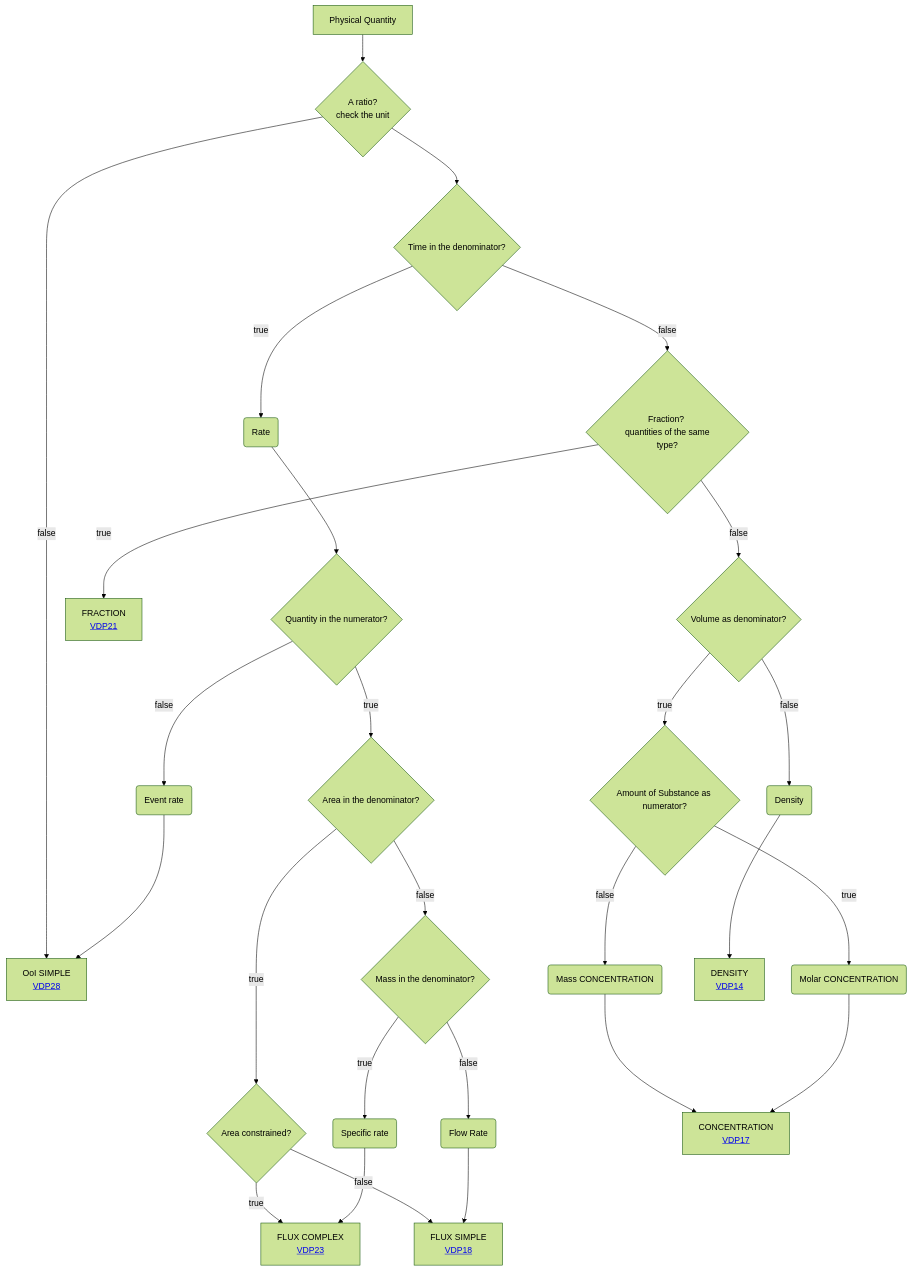
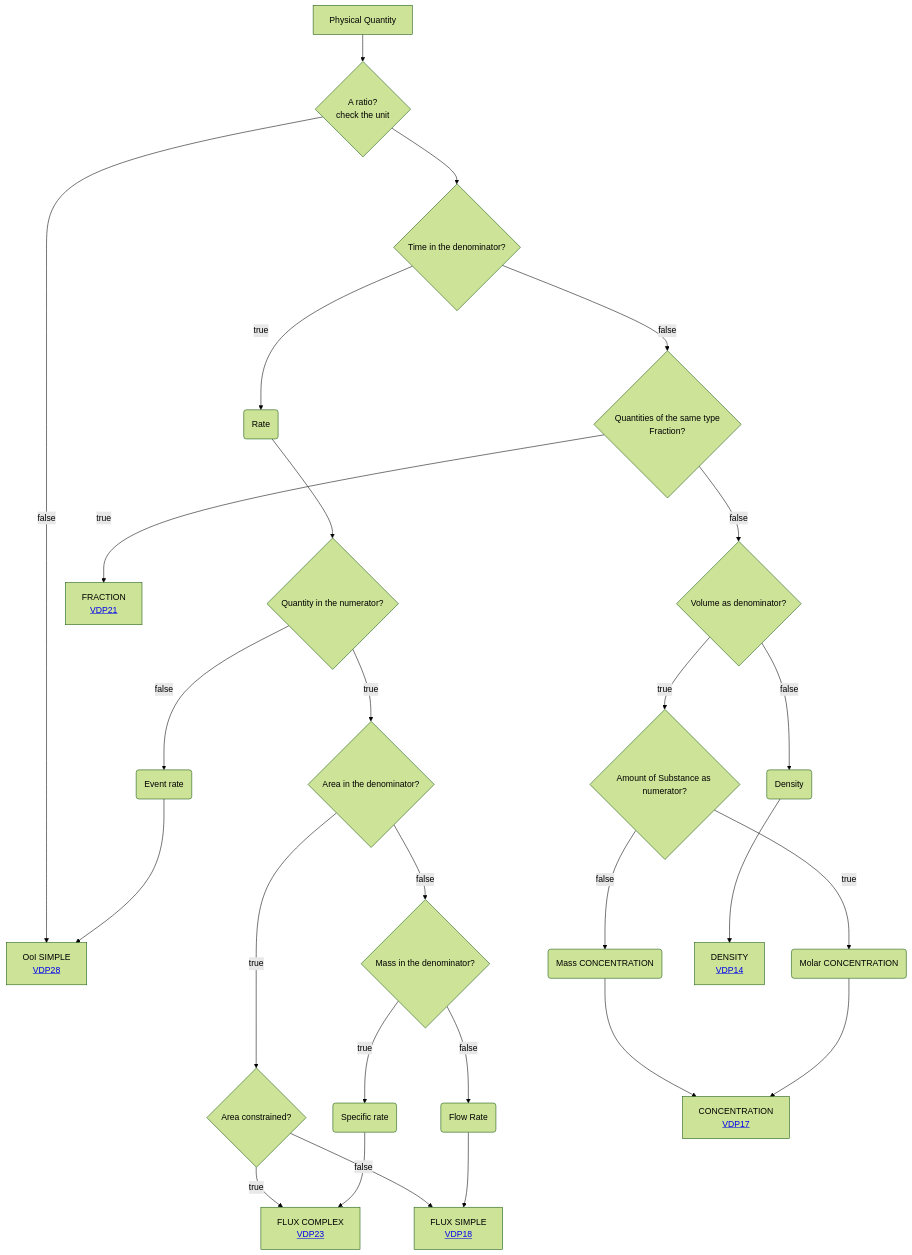
The diagram in Decisition_trees/DT2.mmd (mabablue/I-ADOPT-patterns-playground), drawn with Mermaid (forest theme) before and after one commit.

Commit message:
Update text for clarity in DT2.mmd

```diff
--- a/Decisition_trees/DT2.mmd
+++ b/Decisition_trees/DT2.mmd
@@ -1,27 +1,27 @@
 flowchart TD
     A[Physical Quantity] --> B{A ratio?<br>check the unit}
     B --> C{Time in the denominator?} 
     B --> |false|I[OoI SIMPLE <br> <a href='https://github.com/mabablue/I-ADOPT-patterns-playground/blob/main/pattern/VDP28.yaml'>VDP28</a>]
     C --> |true|MN(Rate) 
     MN --> N{Quantity in the numerator?}
-    C --> |false|D{Fraction? <br> quantities of the same type?}
+    C --> |false|D{Quantities of the same type <br> Fraction?}
     E --> |true|F{Area constrained?}
     E --> |false|K{Mass in the denominator?} 
     F --> |true|G[FLUX COMPLEX <br> <a href='https://github.com/mabablue/I-ADOPT-patterns-playground/blob/main/pattern/VDP23.yaml'>VDP23</a>]
     F --> |false|H[FLUX SIMPLE <br> <a href='https://github.com/mabablue/I-ADOPT-patterns-playground/blob/main/pattern/VDP18.yaml'>VDP18</a>]
     K --> |true|L(Specific rate)
     L --> G
     K --> |false|M(Flow Rate)
     M --> H
     N --> |true|E{Area in the denominator?}
     N --> |false|O(Event rate)
     O --> I
     D --> |true|J[FRACTION <br> <a href='https://github.com/mabablue/I-ADOPT-patterns-playground/blob/main/pattern/VDP21.yaml'>VDP21</a>]
     D --> |false|P{Volume as denominator?}
     P --> |true|Q{Amount of Substance as numerator?}
     Q --> |true|R(Molar CONCENTRATION)
     Q --> |false|S(Mass CONCENTRATION)
     P --> |false|U(Density)
     S --> T[CONCENTRATION <br> <a href='https://github.com/mabablue/I-ADOPT-patterns-playground/blob/main/pattern/VDP17.yaml'>VDP17</a>]
     R --> T
     U --> V[DENSITY <br> <a href='https://github.com/mabablue/I-ADOPT-patterns-playground/blob/main/pattern/VDP14.yaml'>VDP14</a>]
```
